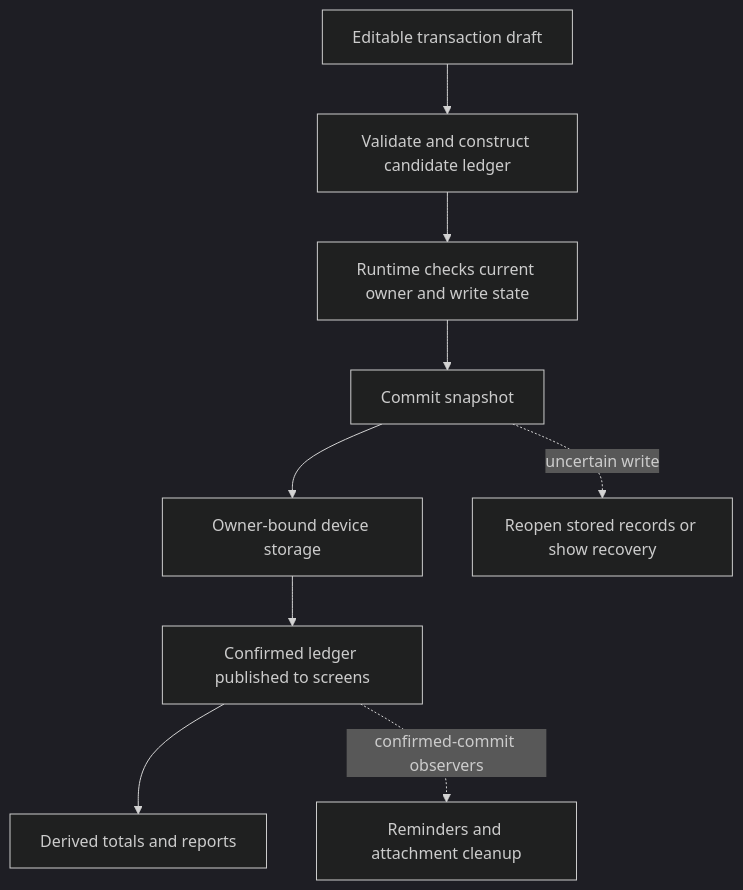
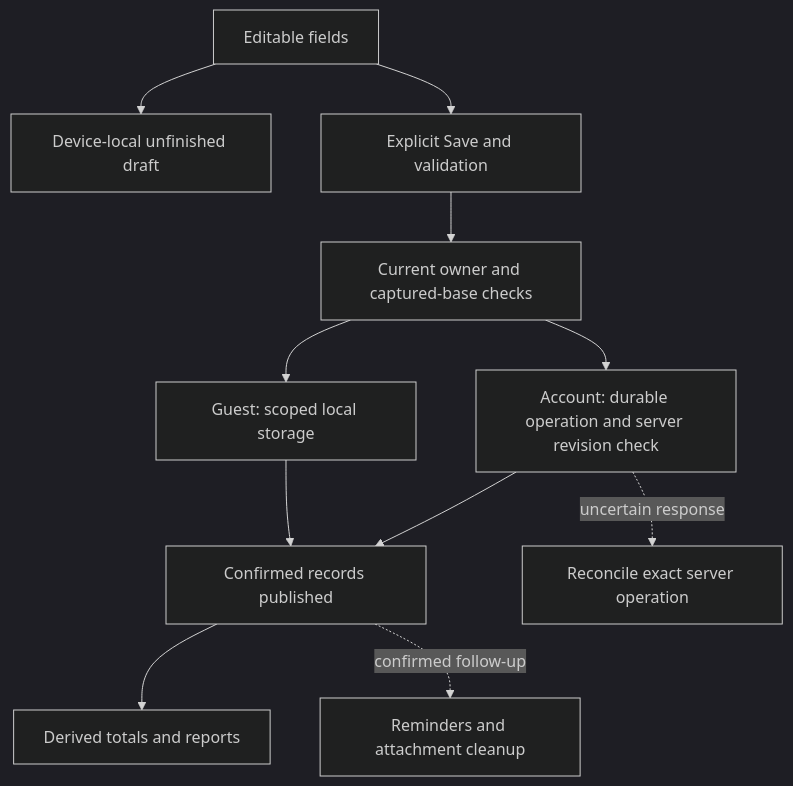
One commit to lejie710/my-money-management-fyp changed the diagram in docs/ARCHITECTURE.md. Above: the diagram before and after it, drawn with Mermaid (dark theme). The commit also changed other lines of this file and 191 other files, not shown here.

````diff
--- a/docs/ARCHITECTURE.md
+++ b/docs/ARCHITECTURE.md
@@ -37,11 +39,13 @@
 ```mermaid
 flowchart TD
-    A[Editable transaction draft] --> B[Validate and construct candidate ledger]
-    B --> C[Runtime checks current owner and write state]
-    C --> D[Commit snapshot]
-    D --> E[Owner-bound device storage]
-    E --> F[Confirmed ledger published to screens]
-    F --> G[Derived totals and reports]
-    F -. confirmed-commit observers .-> H[Reminders and attachment cleanup]
-    D -. uncertain write .-> I[Reopen stored records or show recovery]
+    A[Editable fields] --> D[Device-local unfinished draft]
+    A --> B[Explicit Save and validation]
+    B --> C[Current owner and captured-base checks]
+    C --> G[Guest: scoped local storage]
+    C --> J[Account: durable operation and server revision check]
+    G --> P[Confirmed records published]
+    J --> P
+    J -. uncertain response .-> R[Reconcile exact server operation]
+    P --> T[Derived totals and reports]
+    P -. confirmed follow-up .-> F[Reminders and attachment cleanup]
 ```
````
